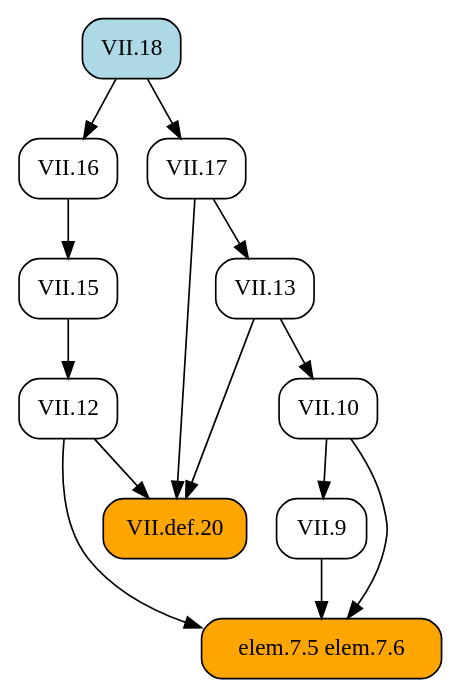
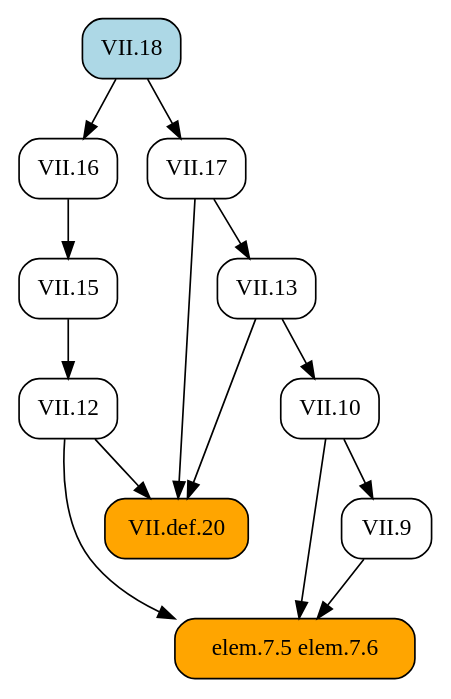
The diagram in docsrc/heath/VII/18/index.rst (geometor/elements), drawn with Graphviz before and after one commit. The commit also changed other lines of this file and 1029 other files, not shown here.

```diff
--- a/docsrc/heath/VII/18/index.rst
+++ b/docsrc/heath/VII/18/index.rst
@@ -30,29 +30,29 @@
 .. graphviz::
 
    digraph {
      rankdir="TB";
      node [shape=box, style=rounded];
+     "elem.7.5 elem.7.6" [style="rounded,filled", fillcolor=orange];
+     "VII.10" [URL="/heath/VII/10/", target="_top"];
+     "VII.9" [URL="/heath/VII/9/", target="_top"];
+     "VII.18" [style="rounded,filled", fillcolor=lightblue, URL="/heath/VII/18/", target="_top"];
+     "VII.13" [URL="/heath/VII/13/", target="_top"];
+     "VII.16" [URL="/heath/VII/16/", target="_top"];
+     "VII.12" [URL="/heath/VII/12/", target="_top"];
      "VII.15" [URL="/heath/VII/15/", target="_top"];
-     "VII.12" [URL="/heath/VII/12/", target="_top"];
-     "VII.9" [URL="/heath/VII/9/", target="_top"];
      "VII.def.20" [style="rounded,filled", fillcolor=orange, URL="/heath/VII/def.20/", target="_top"];
-     "elem.7.5 elem.7.6" [style="rounded,filled", fillcolor=orange];
-     "VII.16" [URL="/heath/VII/16/", target="_top"];
-     "VII.13" [URL="/heath/VII/13/", target="_top"];
-     "VII.10" [URL="/heath/VII/10/", target="_top"];
-     "VII.18" [style="rounded,filled", fillcolor=lightblue, URL="/heath/VII/18/", target="_top"];
      "VII.17" [URL="/heath/VII/17/", target="_top"];
+     "VII.9" -> "elem.7.5 elem.7.6";
+     "VII.10" -> "elem.7.5 elem.7.6";
+     "VII.12" -> "elem.7.5 elem.7.6";
+     "VII.13" -> "VII.10";
+     "VII.10" -> "VII.9";
+     "VII.17" -> "VII.13";
+     "VII.18" -> "VII.16";
+     "VII.15" -> "VII.12";
      "VII.16" -> "VII.15";
-     "VII.15" -> "VII.12";
-     "VII.10" -> "VII.9";
      "VII.12" -> "VII.def.20";
      "VII.13" -> "VII.def.20";
      "VII.17" -> "VII.def.20";
-     "VII.9" -> "elem.7.5 elem.7.6";
-     "VII.10" -> "elem.7.5 elem.7.6";
-     "VII.12" -> "elem.7.5 elem.7.6";
-     "VII.18" -> "VII.16";
-     "VII.17" -> "VII.13";
-     "VII.13" -> "VII.10";
      "VII.18" -> "VII.17";
    }
```
